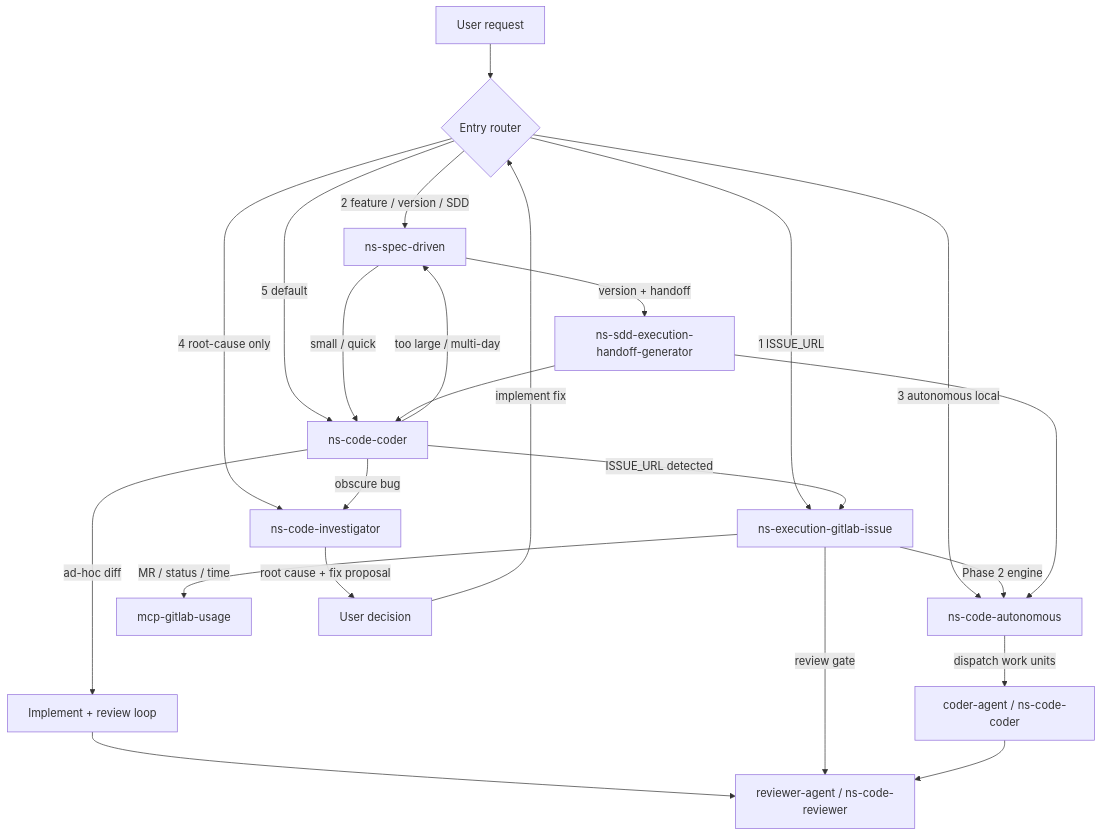
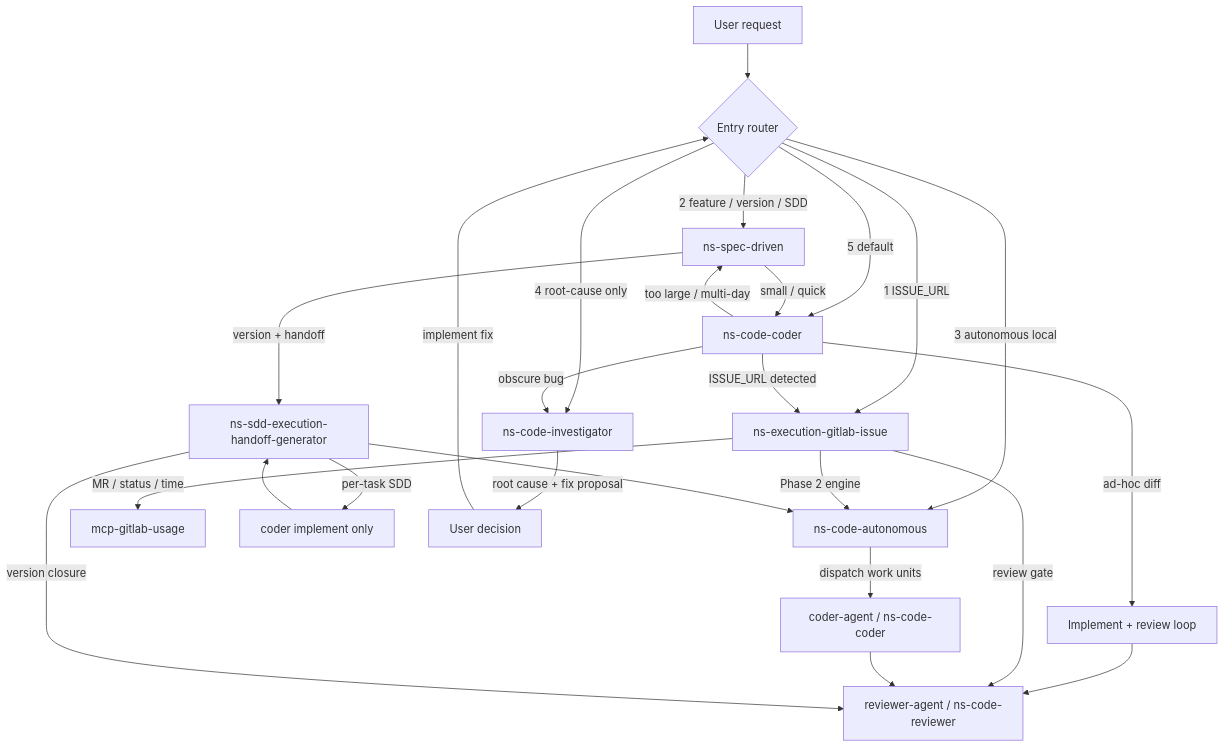
Before and after one commit to nextstage-brasil/skills: the diagram in skills/ns-harness/references/code-skill-routing.md, drawn with Mermaid. The commit also changed other lines of this file and 6 other files, not shown here.

Commit message:
fix: update ns-code-coder skill behavior for SDD handoff mode; skip per-task review gate and living specs when invoked via run-implementation; restrict testing to unit/integration only; update evals for SDD task execution

````diff
--- a/skills/ns-harness/references/code-skill-routing.md
+++ b/skills/ns-harness/references/code-skill-routing.md
@@ -102,31 +104,33 @@
 ```mermaid
 flowchart TD
   U[User request] --> R{Entry router}
 
   R -->|"1 ISSUE_URL"| G[ns-execution-gitlab-issue]
   R -->|"2 feature / version / SDD"| S[ns-spec-driven]
   R -->|"3 autonomous local"| A[ns-code-autonomous]
   R -->|"4 root-cause only"| I[ns-code-investigator]
   R -->|"5 default"| C[ns-code-coder]
 
   C -->|ISSUE_URL detected| G
   C -->|too large / multi-day| S
   C -->|obscure bug| I
   C -->|ad-hoc diff| IMPL[Implement + review loop]
   IMPL --> REV[reviewer-agent / ns-code-reviewer]
 
   G -->|Phase 2 engine| A
   G -->|MR / status / time| GL[mcp-gitlab-usage]
   G -->|review gate| REV
 
   A -->|dispatch work units| C2[coder-agent / ns-code-coder]
   C2 --> REV
 
   S -->|small / quick| C
   S -->|version + handoff| H[ns-sdd-execution-handoff-generator]
-  H --> C
+  H -->|per-task SDD| Cimpl[coder implement only]
+  Cimpl --> H
+  H -->|version closure| REV
   H --> A
 
   I -->|root cause + fix proposal| U2[User decision]
   U2 -->|implement fix| R
 ```
````
